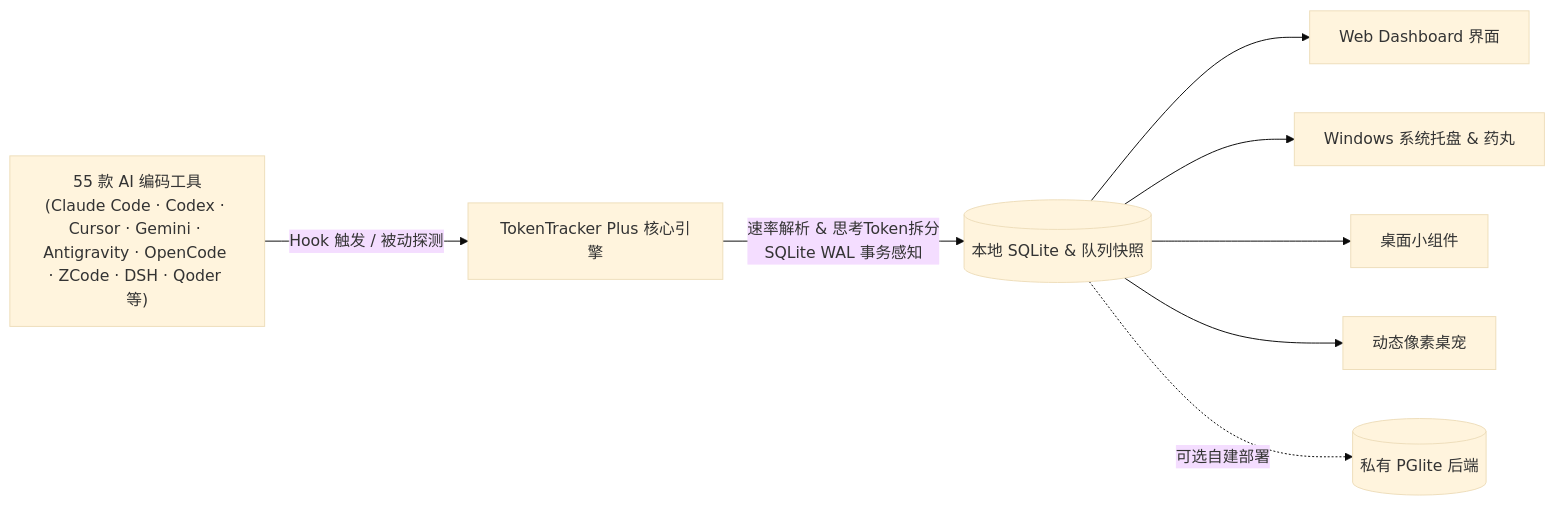
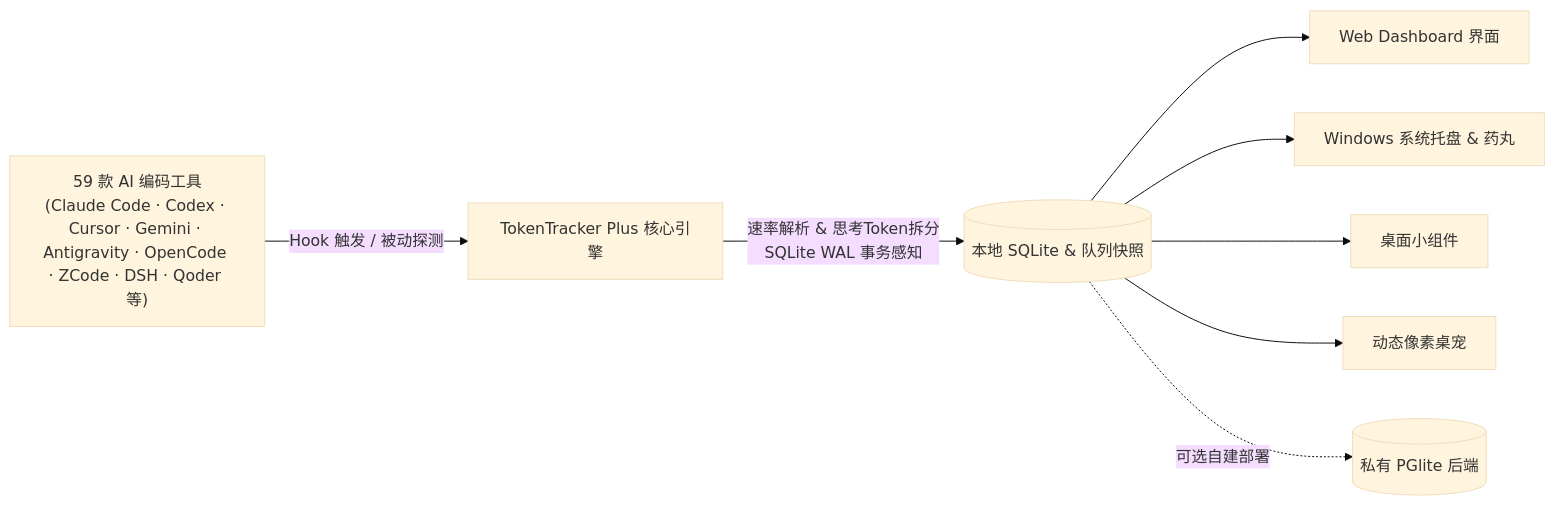
Before and after one commit to 01UNCLEDOG01/TokenTracker-Plus: the diagram in README.md, drawn with Mermaid (base theme). The commit also changed other lines of this file and 24 other files, not shown here.

````diff
--- a/README.md
+++ b/README.md
@@ -260,10 +264,10 @@
 ```mermaid
 flowchart LR
-    A["55 款 AI 编码工具<br/>(Claude Code · Codex · Cursor · Gemini · Antigravity · OpenCode · ZCode · DSH · Qoder 等)"] -->|Hook 触发 / 被动探测| B[TokenTracker Plus 核心引擎]
+    A["59 款 AI 编码工具<br/>(Claude Code · Codex · Cursor · Gemini · Antigravity · OpenCode · ZCode · DSH · Qoder 等)"] -->|Hook 触发 / 被动探测| B[TokenTracker Plus 核心引擎]
     B -->|速率解析 & 思考Token拆分<br/>SQLite WAL 事务感知| C[(本地 SQLite & 队列快照)]
     C --> D[Web Dashboard 界面]
     C --> E[Windows 系统托盘 & 药丸]
     C --> F[桌面小组件]
     C --> G[动态像素桌宠]
     C -.->|可选自建部署| H[(私有 PGlite 后端)]
 ```
````
